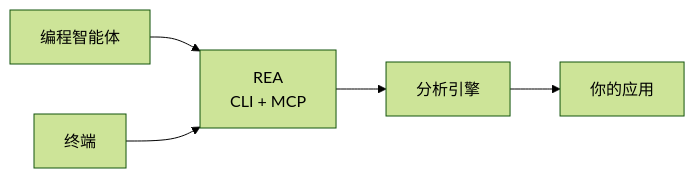
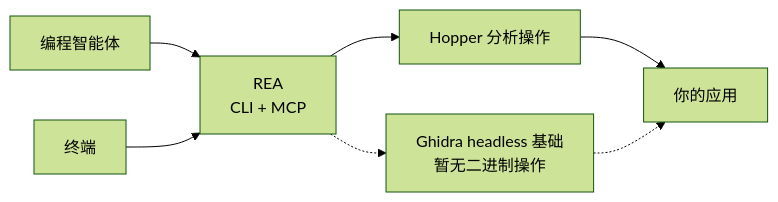
One commit to bryankwandou/rea changed the diagram in README_zh.md. Above: the diagram before and after it, drawn with Mermaid (forest theme). The commit also changed other lines of this file and 233 other files, not shown here.

Commit message:
feat(ghidra): add private headless provider session

````diff
--- a/README_zh.md
+++ b/README_zh.md
@@ -177,7 +179,9 @@
 ```mermaid
 flowchart LR
     Agent["编程智能体"] --> REA["REA<br/>CLI + MCP"]
     Terminal["终端"] --> REA
-    REA --> Hopper["分析引擎"]
+    REA --> Hopper["Hopper 分析操作"]
     Hopper --> App["你的应用"]
+    REA -.-> Ghidra["Ghidra headless 基础<br/>暂无二进制操作"]
+    Ghidra -.-> App
 ```
````
